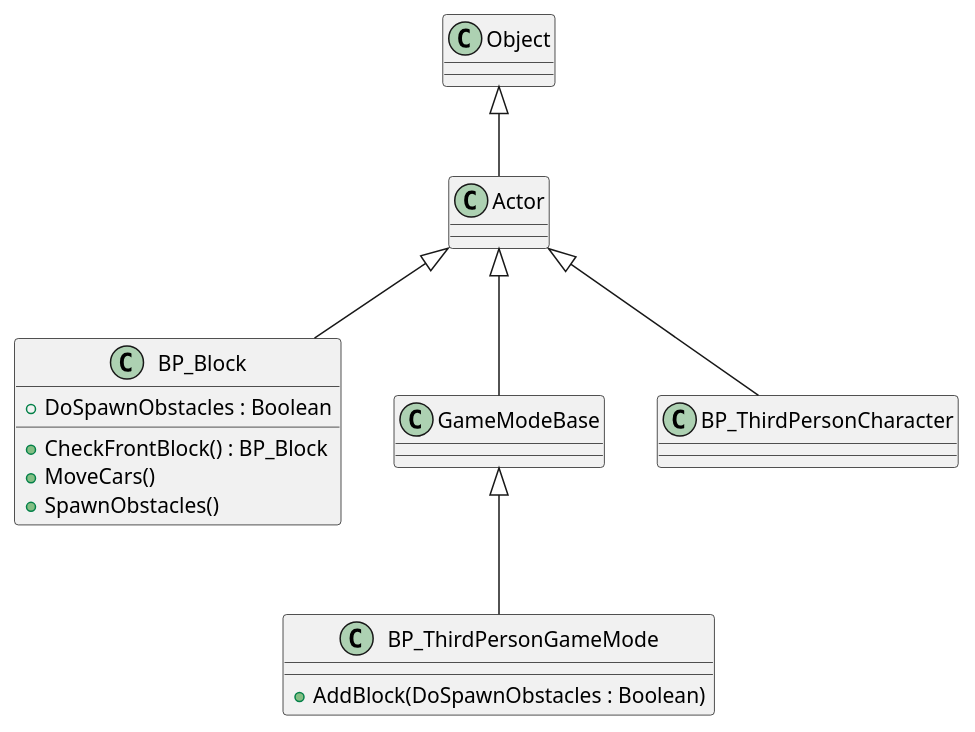
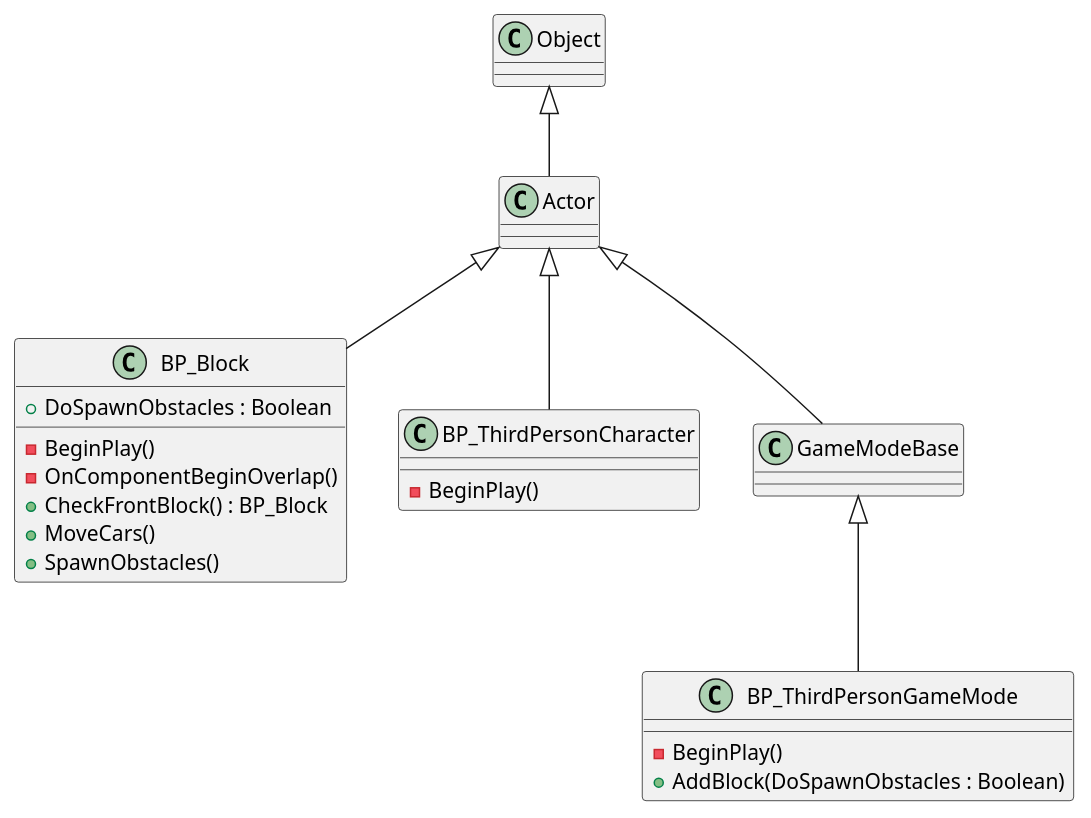
One commit to migrosdata/unreal-endless-runner changed the diagram in Classes.puml. Above: the diagram before and after it, drawn with PlantUML.

Commit message:
Update diagram with various methods

```diff
--- a/Classes.puml
+++ b/Classes.puml
@@ -1,18 +1,26 @@
 @startuml
 class BP_Block {
+    -BeginPlay()
+    -OnComponentBeginOverlap()
     +DoSpawnObstacles : Boolean
     +CheckFrontBlock() : BP_Block
     +MoveCars()
     +SpawnObstacles()
 } 
 
 class BP_ThirdPersonGameMode {
+    -BeginPlay()
     +AddBlock(DoSpawnObstacles : Boolean)
 }
+
+class BP_ThirdPersonCharacter {
+    -BeginPlay()
+}
+
 
 Object <|-- Actor
 Actor  <|-- GameModeBase
 Actor  <|-- BP_ThirdPersonCharacter
 Actor  <|-- BP_Block
 GameModeBase <|-- BP_ThirdPersonGameMode
 @enduml
```
